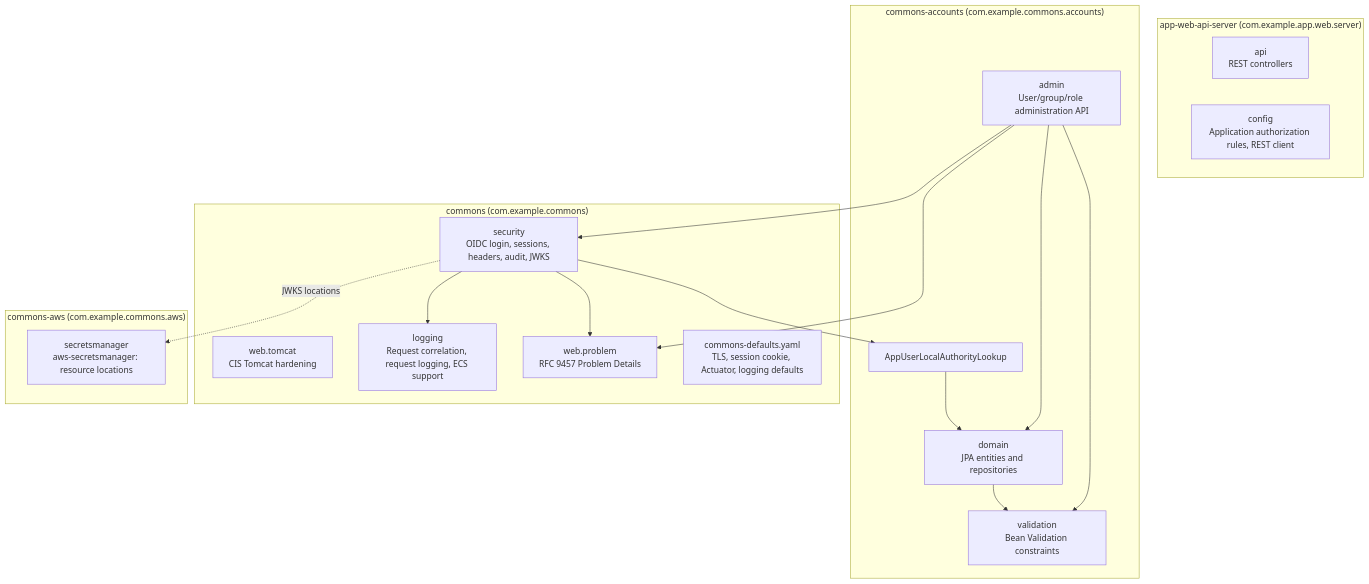
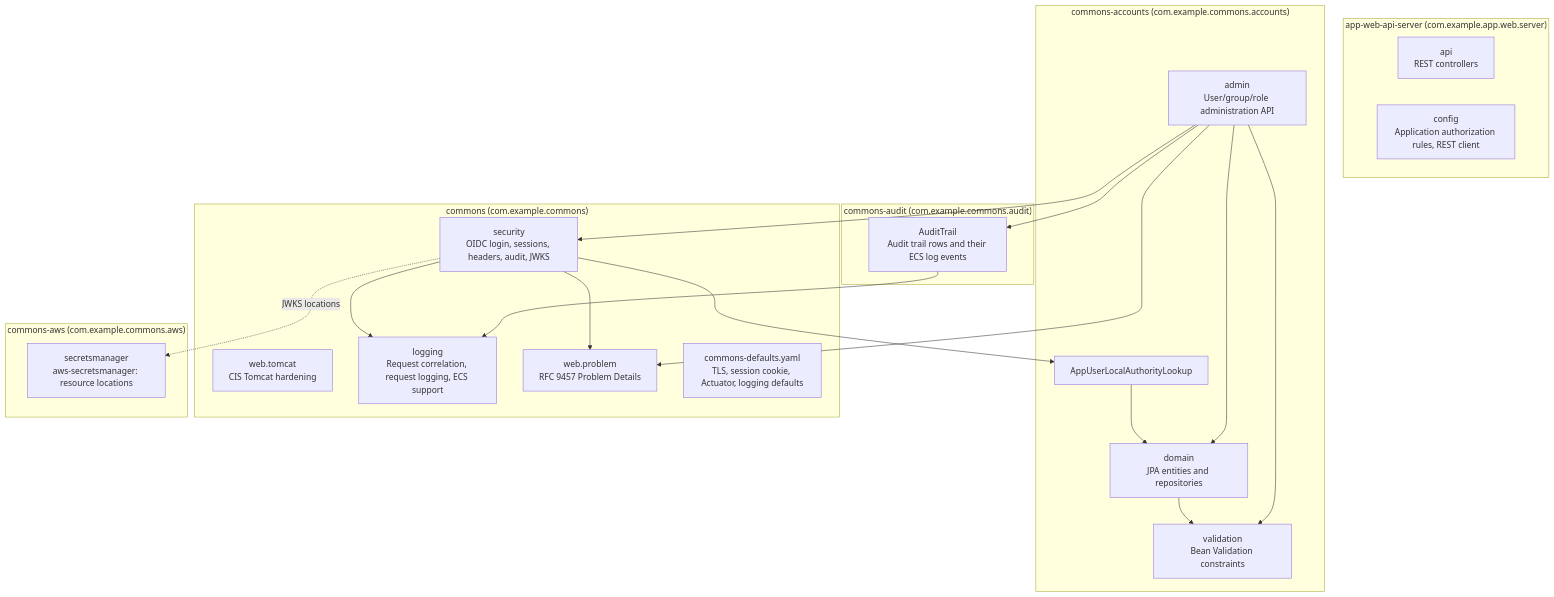
One commit to justin-tay/java-app-web-api-server-template changed the first of 4 diagrams in docs/system-design/05-building-block-view.md. Above: the diagram before and after it, drawn with Mermaid. The commit also changed other lines of this file and 12 other files, not shown here.

Commit message:
docs: record the commons-audit audit trail in ADR 0040 and the system design

````diff
--- a/docs/system-design/05-building-block-view.md
+++ b/docs/system-design/05-building-block-view.md
@@ -6,33 +6,38 @@
 ```mermaid
 flowchart TB
     subgraph app ["app-web-api-server (com.example.app.web.server)"]
         api["api\nREST controllers"]
         config["config\nApplication authorization rules, REST client"]
     end
     subgraph accounts ["commons-accounts (com.example.commons.accounts)"]
         admin["admin\nUser/group/role administration API"]
         domain["domain\nJPA entities and repositories"]
         lookup["AppUserLocalAuthorityLookup"]
         validation["validation\nBean Validation constraints"]
     end
     subgraph commons ["commons (com.example.commons)"]
         websecurity["security\nOIDC login, sessions, headers, audit, JWKS"]
         tomcat["web.tomcat\nCIS Tomcat hardening"]
         logging["logging\nRequest correlation, request logging, ECS support"]
         problem["web.problem\nRFC 9457 Problem Details"]
         defaults["commons-defaults.yaml\nTLS, session cookie, Actuator, logging defaults"]
     end
+    subgraph audit ["commons-audit (com.example.commons.audit)"]
+        trail["AuditTrail\nAudit trail rows and their ECS log events"]
+    end
     subgraph aws ["commons-aws (com.example.commons.aws)"]
         secretsmanager["secretsmanager\naws-secretsmanager: resource locations"]
     end
     admin --> domain
+    admin --> trail
+    trail --> logging
     admin --> validation
     admin --> problem
     admin --> websecurity
     domain --> validation
     lookup --> domain
     websecurity --> lookup
     websecurity --> logging
     websecurity --> problem
     websecurity -.->|"JWKS locations"| secretsmanager
 ```
````
